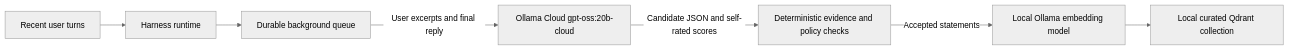
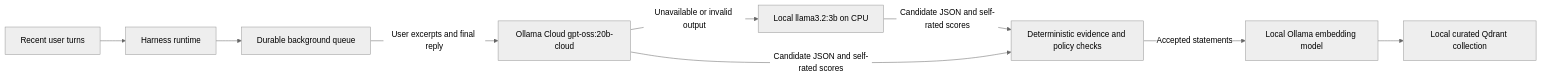
Before and after one commit to user-anto/Harness: the diagram in docs/memory-policy.md, drawn with Mermaid (neutral theme). The commit also changed other lines of this file and 37 other files, not shown here.

Commit message:
Reinforced Memory curation policy; added fallback model for extractor; Added elaborate installation guide

````diff
--- a/docs/memory-policy.md
+++ b/docs/memory-policy.md
@@ -28,9 +28,11 @@
 ```mermaid
 flowchart LR
   User[Recent user turns] --> Runtime[Harness runtime]
   Runtime --> Queue[Durable background queue]
   Queue -->|User excerpts and final reply| Model[Ollama Cloud gpt-oss:20b-cloud]
+  Model -->|Unavailable or invalid output| Fallback[Local llama3.2:3b on CPU]
+  Fallback -->|Candidate JSON and self-rated scores| Validate
   Model -->|Candidate JSON and self-rated scores| Validate[Deterministic evidence and policy checks]
   Validate -->|Accepted statements| Embed[Local Ollama embedding model]
   Embed --> Qdrant[Local curated Qdrant collection]
 ```
````
